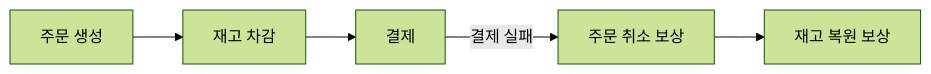
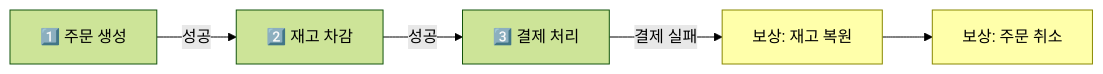
Before and after one commit to yjkim2015/yjkim2015.github.io: the third of 8 diagrams in _posts/spring/2026-05-01-distributed-transaction.md, drawn with Mermaid (forest theme). The commit also changed other lines of this file and 34 other files, not shown here.

First line of the commit message:
Full quality pass: 41 files — ASCII removed, 동작원리 보강, diagrams

```diff
--- a/_posts/spring/2026-05-01-distributed-transaction.md
+++ b/_posts/spring/2026-05-01-distributed-transaction.md
@@ -157,6 +104,8 @@
 <div class="mermaid">
 graph LR
-    A["주문 생성"] --> B["재고 차감"] --> C["결제"]
-    C -->|결제 실패| D["주문 취소 보상"]
-    D --> E["재고 복원 보상"]
+    A["1️⃣ 주문 생성"] -->|"성공"| B["2️⃣ 재고 차감"] -->|"성공"| C["3️⃣ 결제 처리"]
+    C -->|"결제 실패"| D["보상: 재고 복원"]
+    D --> E["보상: 주문 취소"]
+    style D fill:#ffa,stroke:#880,color:#000
+    style E fill:#ffa,stroke:#880,color:#000
 </div>
```
